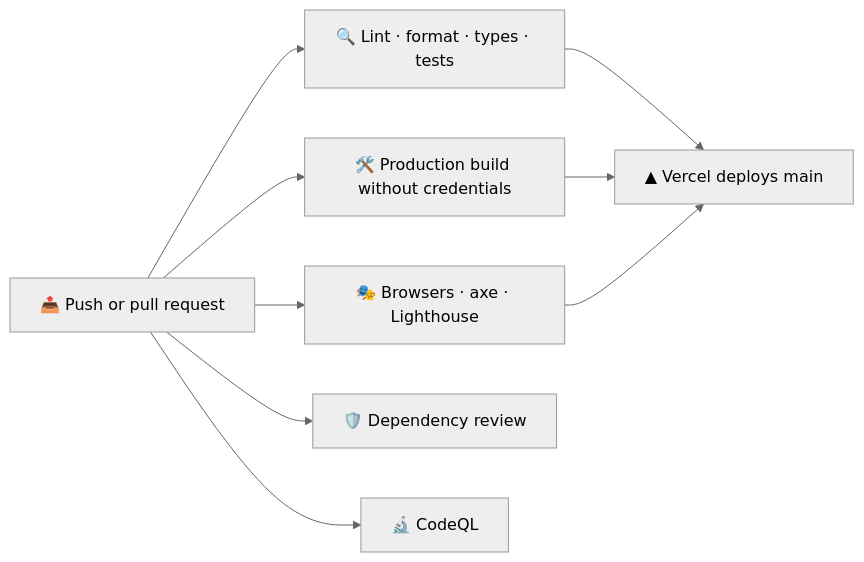
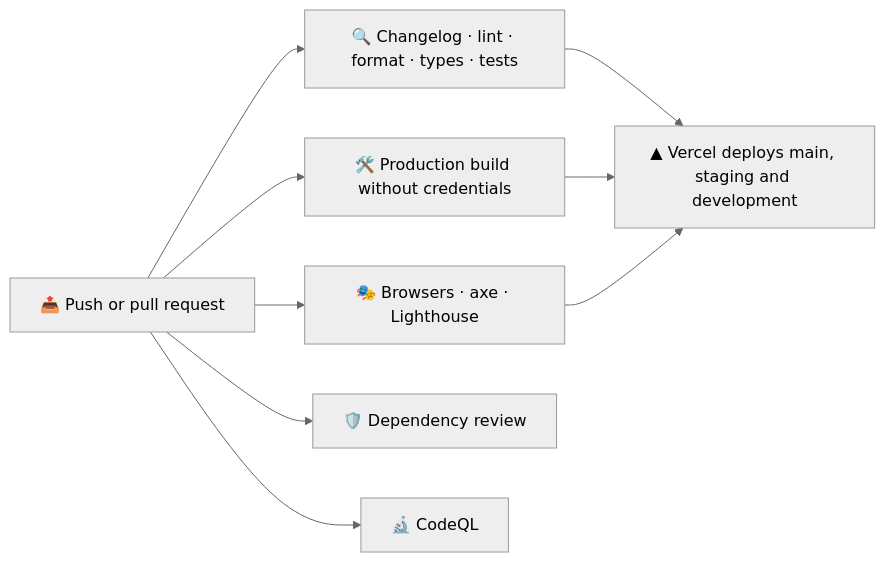
The diagram in docs/deployment.md (sacrificed666/next-faceit-stats), drawn with Mermaid (neutral theme) before and after one commit. The commit also changed other lines of this file and 266 other files, not shown here.

````diff
--- a/docs/deployment.md
+++ b/docs/deployment.md
@@ -5,11 +7,11 @@
 ```mermaid
 flowchart LR
-  Push[📤 Push or pull request] --> Verify[🔍 Lint · format · types · tests]
+  Push[📤 Push or pull request] --> Verify[🔍 Changelog · lint · format · types · tests]
   Push --> Build[🛠️ Production build without credentials]
   Push --> E2E[🎭 Browsers · axe · Lighthouse]
   Push --> Review[🛡️ Dependency review]
   Push --> CodeQL[🔬 CodeQL]
-  Verify --> Vercel[▲ Vercel deploys main]
+  Verify --> Vercel[▲ Vercel deploys main, staging and development]
   Build --> Vercel
   E2E --> Vercel
 ```
````
